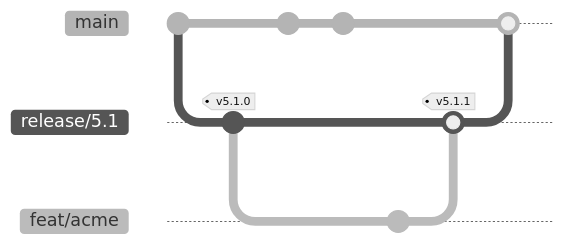
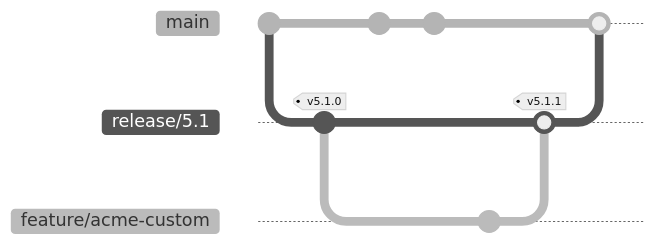
The second of 2 diagrams in docs/guide/customization.md (ykgw-daiki-nakamura/nakamura-git-tutorial), drawn with Mermaid (neutral theme) before and after one commit. The commit also changed other lines of this file, not shown here. Commit ids are hidden.

````diff
--- a/docs/guide/customization.md
+++ b/docs/guide/customization.md
@@ -34,18 +34,18 @@
 ```mermaid
 gitGraph
     commit id: "..."
     branch release/5.1
     checkout release/5.1
     commit tag: "v5.1.0"
     checkout main
     commit id: "v5.2開発1"
     commit id: "v5.2開発2"
     checkout release/5.1
-    branch feat/acme
-    checkout feat/acme
+    branch feature/acme-custom
+    checkout feature/acme-custom
     commit id: "顧客カスタマイズ"
     checkout release/5.1
-    merge feat/acme tag: "v5.1.1"
+    merge feature/acme-custom tag: "v5.1.1"
     checkout main
     merge release/5.1 id: "本流へ前進マージ"
 ```
````
